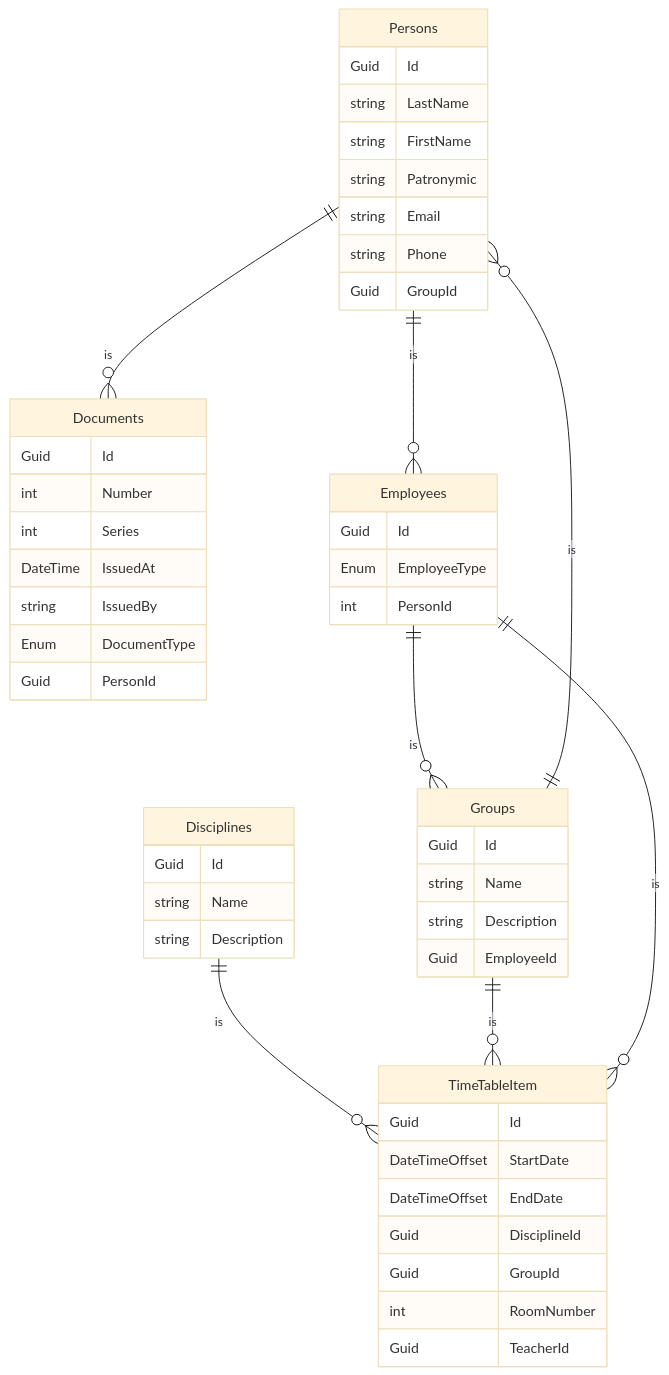
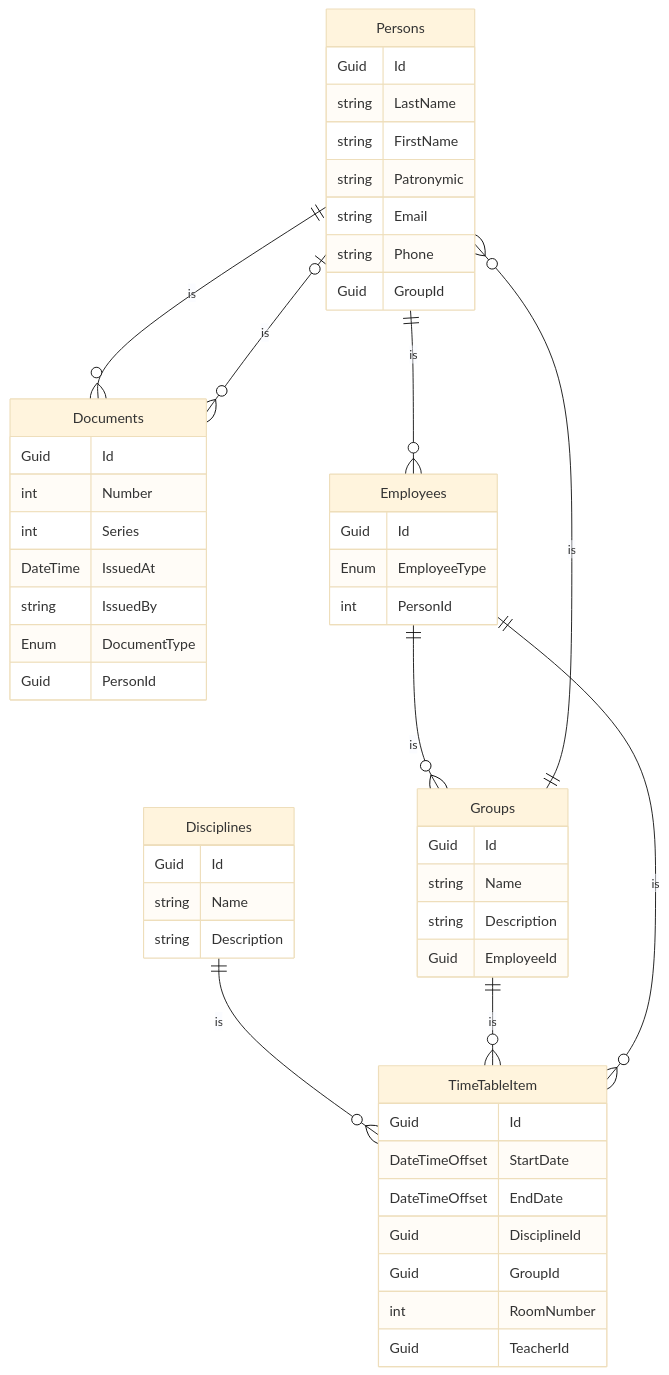
One commit to SlavaNik16/Accessories_PC_Nik_Api changed the diagram in README.md. Above: the diagram before and after it, drawn with Mermaid (base theme).

````diff
--- a/README.md
+++ b/README.md
@@ -5,59 +5,60 @@
 ```mermaid
 erDiagram
 
     Persons {
         Guid Id
         string LastName
         string FirstName
         string Patronymic
         string Email
         string Phone
         Guid GroupId
     }
     
     Documents {
         Guid Id
         int Number
         int Series
         DateTime IssuedAt
         string IssuedBy
         Enum DocumentType
         Guid PersonId
     }
     
     Disciplines {
             Guid Id
             string Name
             string Description
     }
     
     Employees {
         Guid Id
         Enum EmployeeType
         int PersonId
     }
 
     Groups {
                 Guid Id
                 string Name
                 string Description
                 Guid EmployeeId
     }
 
      TimeTableItem {
             Guid Id
             DateTimeOffset StartDate
             DateTimeOffset EndDate
             Guid DisciplineId
             Guid GroupId
             int RoomNumber
             Guid TeacherId
     }
     Persons ||--o{ Documents: is
+     Persons |o--o{ Documents: is
     Persons ||--o{ Employees: is
     Groups ||--o{ Persons: is
     Employees ||--o{ Groups: is
     Disciplines ||--o{ TimeTableItem: is
     Groups ||--o{ TimeTableItem: is
     Employees ||--o{ TimeTableItem: is
 ```
````
